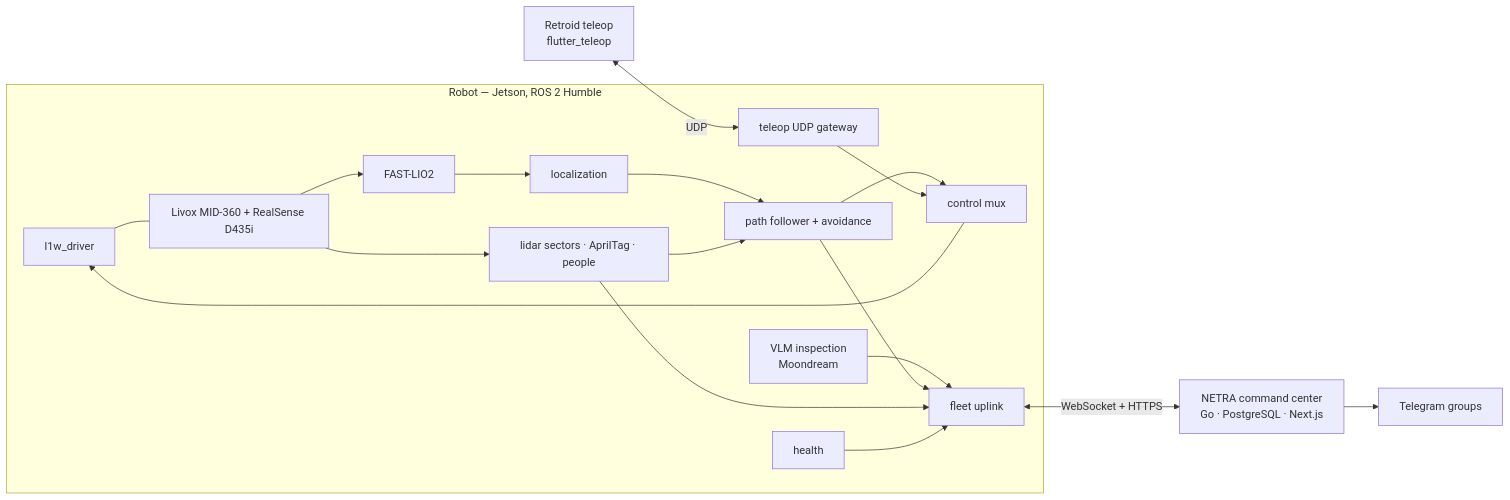
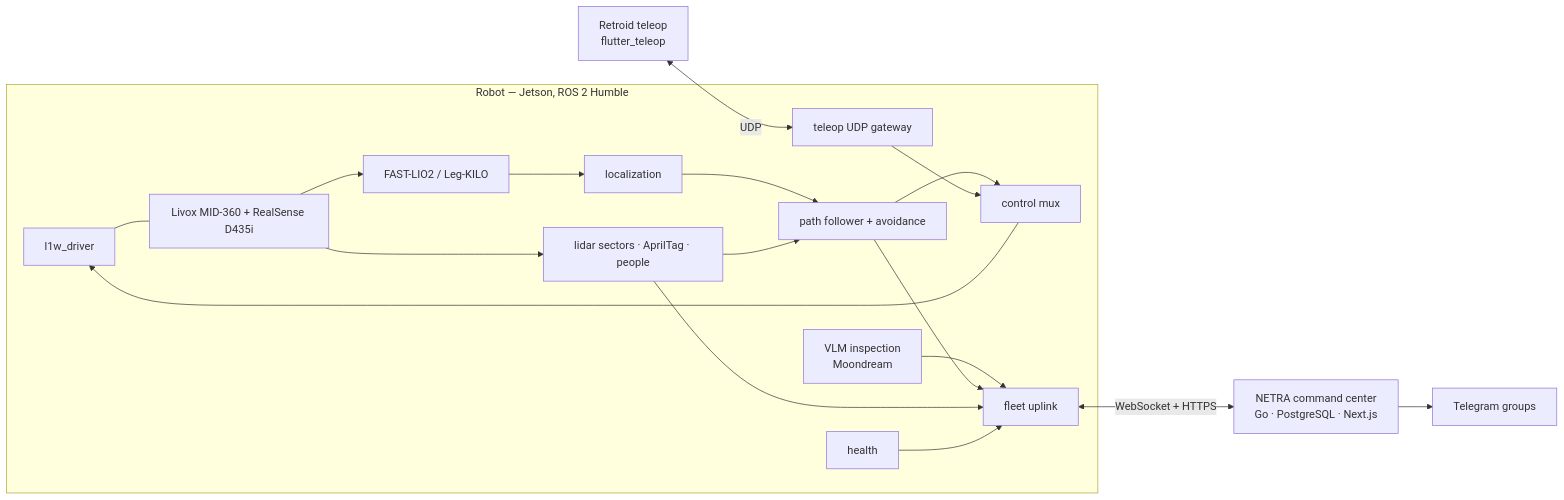
The diagram in README.md (DarmawanRobotics/Pashupati), drawn with Mermaid before and after one commit. The commit also changed other lines of this file and 33 other files, not shown here.

First line of the commit message:
refactor(odometry): absorb route recording, drop robot_mapping, add Leg-KILO option

````diff
--- a/README.md
+++ b/README.md
@@ -35,19 +35,19 @@
 ```mermaid
 flowchart LR
     subgraph Robot[Robot — Jetson, ROS 2 Humble]
         DRV[l1w_driver] --- SENS[Livox MID-360 + RealSense D435i]
-        SENS --> FL[FAST-LIO2] --> LOC[localization]
+        SENS --> FL[FAST-LIO2 / Leg-KILO] --> LOC[localization]
         SENS --> PER[lidar sectors · AprilTag · people]
         LOC --> NAV[path follower + avoidance]
         PER --> NAV
         NAV --> MUX[control mux] --> DRV
         INS[VLM inspection<br/>Moondream] --> UP[fleet uplink]
         NAV --> UP
         PER --> UP
         HL[health] --> UP
         TEL[teleop UDP gateway] --> MUX
     end
     PAD[Retroid teleop<br/>flutter_teleop] <-- UDP --> TEL
     UP <-- WebSocket + HTTPS --> NETRA[NETRA command center<br/>Go · PostgreSQL · Next.js]
     NETRA --> TG[Telegram groups]
 ```
````
